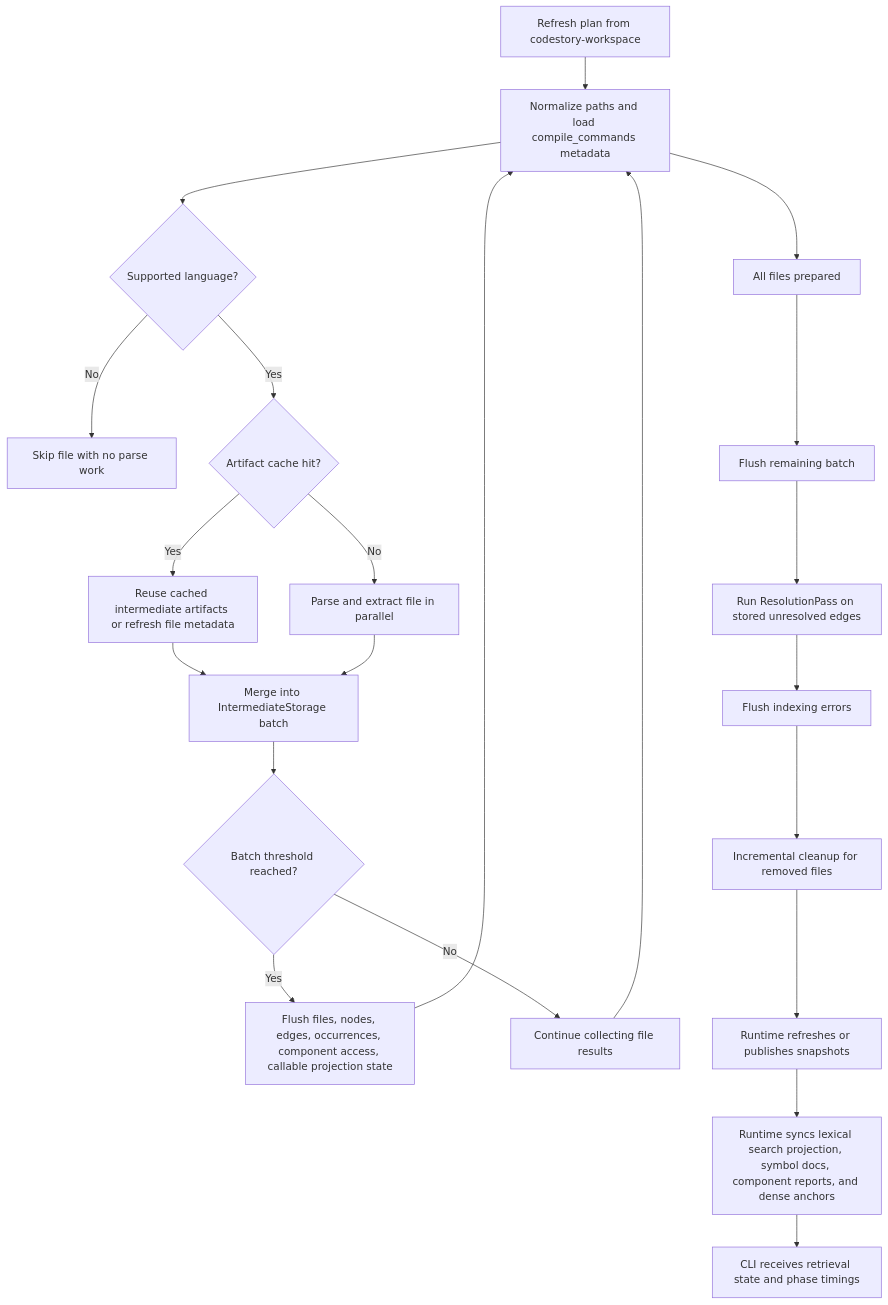
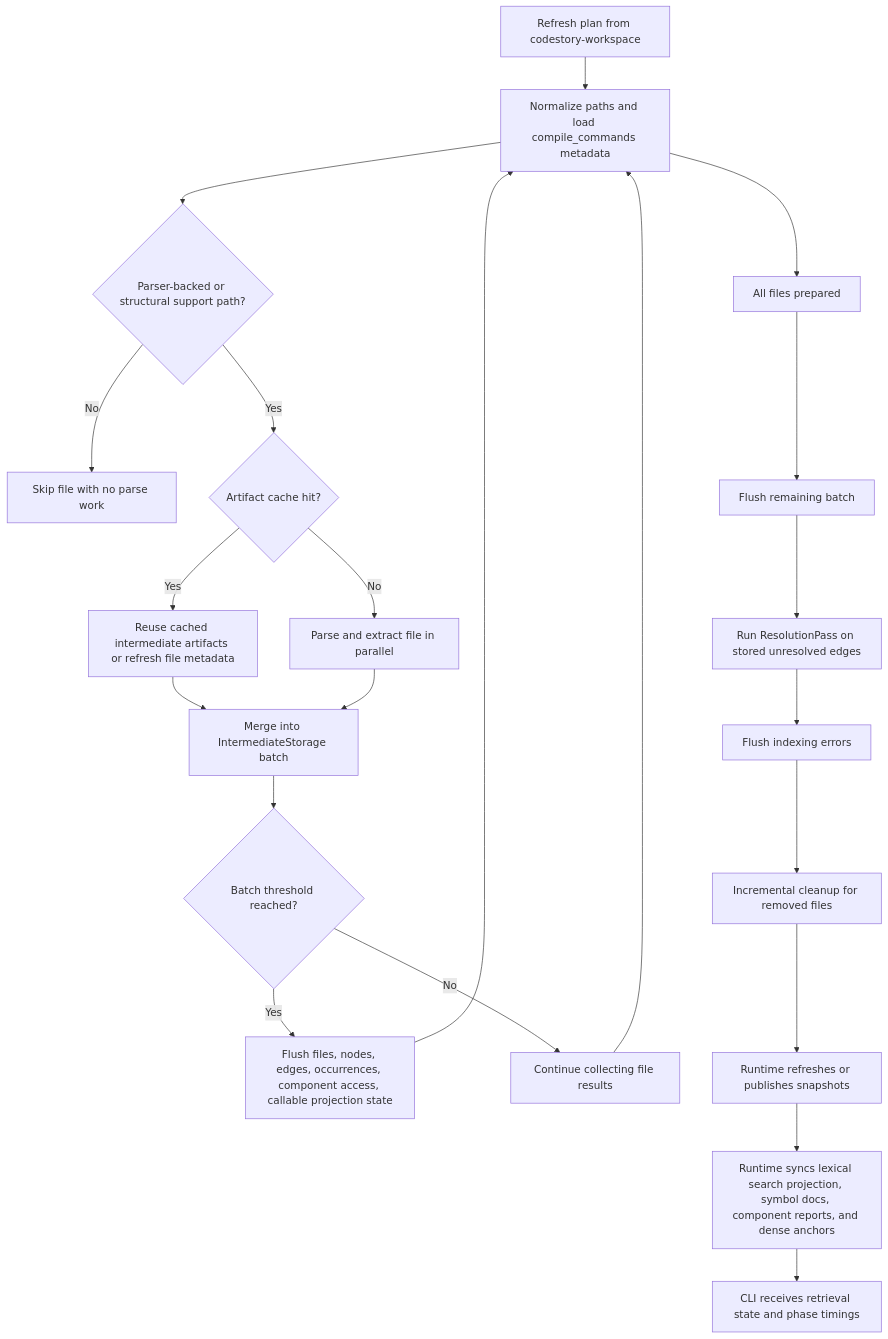
One commit to TheGreenCedar/CodeStory changed the second of 2 diagrams in docs/architecture/indexing-pipeline.md. Above: the diagram before and after it, drawn with Mermaid. The commit also changed other lines of this file and 23 other files, not shown here.

Commit message:
Document language support claims and tiers

````diff
--- a/docs/architecture/indexing-pipeline.md
+++ b/docs/architecture/indexing-pipeline.md
@@ -46,24 +46,24 @@
 ```mermaid
 flowchart TD
     plan["Refresh plan from codestory-workspace"] --> prep["Normalize paths and load compile_commands metadata"]
-    prep --> supported{"Supported language?"}
+    prep --> supported{"Parser-backed or structural support path?"}
     supported -->|"No"| skip["Skip file with no parse work"]
     supported -->|"Yes"| cache{"Artifact cache hit?"}
     cache -->|"Yes"| reuse["Reuse cached intermediate artifacts or refresh file metadata"]
     cache -->|"No"| parse["Parse and extract file in parallel"]
     reuse --> merge["Merge into IntermediateStorage batch"]
     parse --> merge
     merge --> flush{"Batch threshold reached?"}
     flush -->|"Yes"| write["Flush files, nodes, edges, occurrences, component access, callable projection state"]
     flush -->|"No"| more["Continue collecting file results"]
     more --> prep
     write --> prep
     prep --> done["All files prepared"]
     done --> finalflush["Flush remaining batch"]
     finalflush --> resolve["Run ResolutionPass on stored unresolved edges"]
     resolve --> errors["Flush indexing errors"]
     errors --> cleanup["Incremental cleanup for removed files"]
     cleanup --> snapshots["Runtime refreshes or publishes snapshots"]
     snapshots --> semantic["Runtime syncs lexical search projection, symbol docs, component reports, and dense anchors"]
     semantic --> summary["CLI receives retrieval state and phase timings"]
 ```
````
